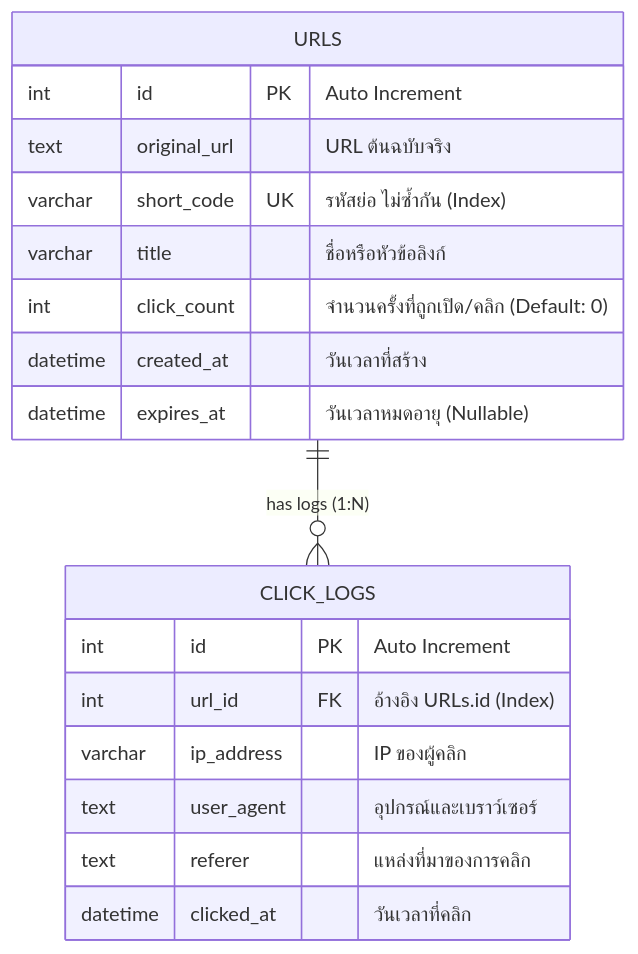
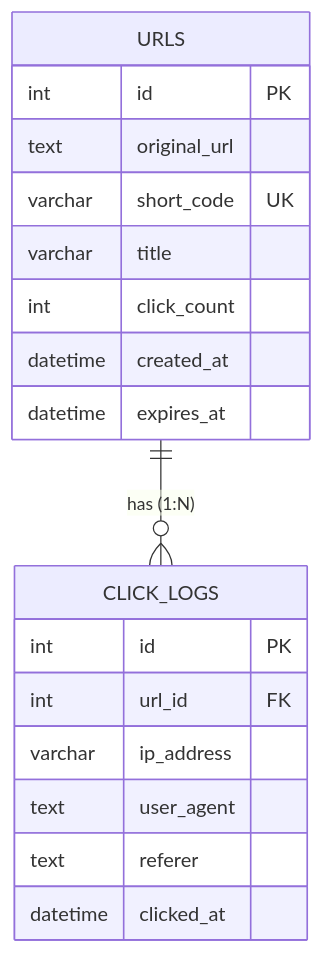
The second of 3 diagrams in README.md (Peerapat2256/synerrytest_Short_URL-), drawn with Mermaid before and after one commit. The commit also changed other lines of this file and 16 other files, not shown here.

````diff
--- a/README.md
+++ b/README.md
@@ -64,23 +60,23 @@
 ```mermaid
 erDiagram
-    URLS ||--o{ CLICK_LOGS : "has logs (1:N)"
+    URLS ||--o{ CLICK_LOGS : "has (1:N)"
 
     URLS {
-        int id PK "Auto Increment"
-        text original_url "URL ต้นฉบับจริง"
-        varchar short_code UK "รหัสย่อ ไม่ซ้ำกัน (Index)"
-        varchar title "ชื่อหรือหัวข้อลิงก์"
-        int click_count "จำนวนครั้งที่ถูกเปิด/คลิก (Default: 0)"
-        datetime created_at "วันเวลาที่สร้าง"
-        datetime expires_at "วันเวลาหมดอายุ (Nullable)"
+        int id PK
+        text original_url
+        varchar short_code UK
+        varchar title
+        int click_count
+        datetime created_at
+        datetime expires_at
     }
 
     CLICK_LOGS {
-        int id PK "Auto Increment"
-        int url_id FK "อ้างอิง URLs.id (Index)"
-        varchar ip_address "IP ของผู้คลิก"
-        text user_agent "อุปกรณ์และเบราว์เซอร์"
-        text referer "แหล่งที่มาของการคลิก"
-        datetime clicked_at "วันเวลาที่คลิก"
+        int id PK
+        int url_id FK
+        varchar ip_address
+        text user_agent
+        text referer
+        datetime clicked_at
     }
 ```
````
